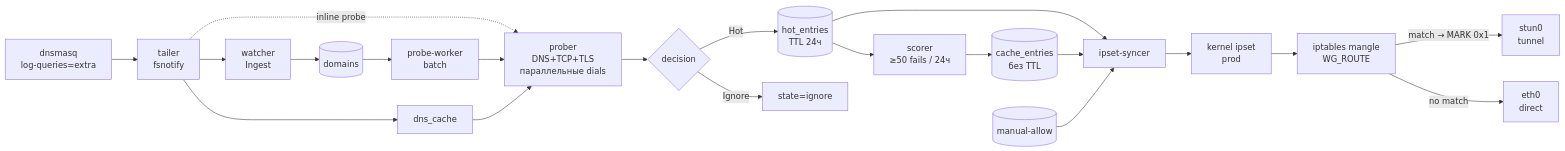
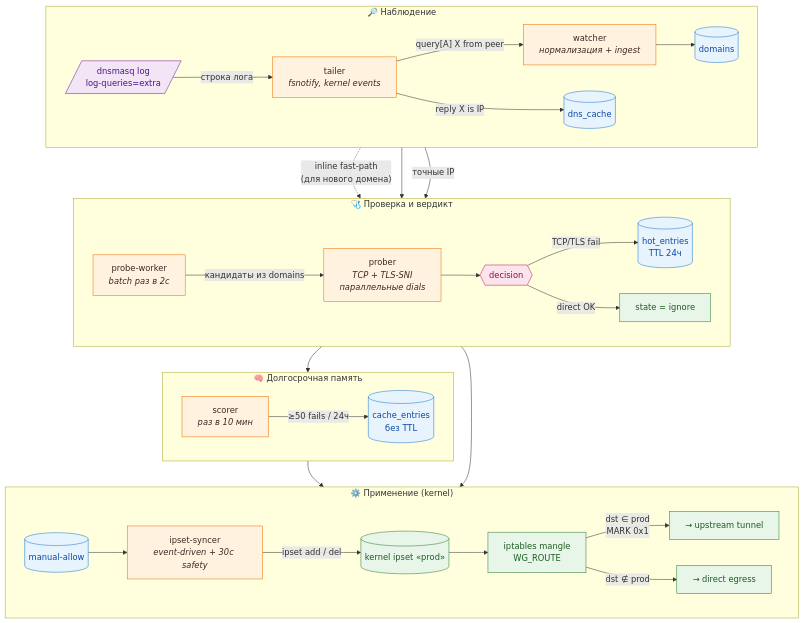
One commit to belotserkovtsev/Ladon changed the diagram in README.md. Above: the diagram before and after it, drawn with Mermaid. The commit also changed other lines of this file and 32 other files, not shown here.

````diff
--- a/README.md
+++ b/README.md
@@ -38,30 +108,68 @@
 ```mermaid
-flowchart LR
-    dns[dnsmasq<br/>log-queries=extra] --> tail[tailer<br/>fsnotify]
+flowchart TB
+    subgraph observe["🔎 Наблюдение"]
+        direction LR
+        DNS[/"dnsmasq log<br/>log-queries=extra"/]
+        TAIL["tailer<br/><i>fsnotify, kernel events</i>"]
+        WATCH["watcher<br/><i>нормализация + ingest</i>"]
+        DOMS[("domains")]
+        CACHE[("dns_cache")]
+        DNS -->|строка лога| TAIL
+        TAIL -->|"query[A] X from peer"| WATCH
+        TAIL -->|"reply X is IP"| CACHE
+        WATCH --> DOMS
+    end
 
-    tail --> watcher[watcher<br/>Ingest]
-    tail --> cache[dns_cache]
-    watcher --> domains[(domains)]
+    subgraph decide["🩺 Проверка и вердикт"]
+        direction LR
+        WORKER["probe-worker<br/><i>batch раз в 2с</i>"]
+        PROBE["prober<br/><i>TCP + TLS-SNI<br/>параллельные dials</i>"]
+        DEC{{"decision"}}
+        HOT[("hot_entries<br/>TTL 24ч")]
+        IGN["state = ignore"]
+        WORKER -->|"кандидаты из domains"| PROBE
+        PROBE --> DEC
+        DEC -->|"TCP/TLS fail"| HOT
+        DEC -->|"direct OK"| IGN
+    end
 
-    tail -. inline probe .-> prober
-    domains --> worker[probe-worker<br/>batch] --> prober
+    subgraph promote["🧠 Долгосрочная память"]
+        direction LR
+        SCORE["scorer<br/><i>раз в 10 мин</i>"]
+        CEN[("cache_entries<br/>без TTL")]
+        SCORE -->|"≥50 fails / 24ч"| CEN
+    end
 
-    prober[prober<br/>DNS+TCP+TLS<br/>параллельные dials]
-    cache --> prober
+    subgraph apply["⚙️ Применение (kernel)"]
+        direction LR
+        SYNC["ipset-syncer<br/><i>event-driven + 30с safety</i>"]
+        MAN[("manual-allow")]
+        PROD[("kernel ipset «prod»")]
+        IPT["iptables mangle<br/>WG_ROUTE"]
+        TUN["→ upstream tunnel"]
+        DIR["→ direct egress"]
+        SYNC -->|"ipset add / del"| PROD
+        MAN --> SYNC
+        PROD --> IPT
+        IPT -->|"dst ∈ prod<br/>MARK 0x1"| TUN
+        IPT -->|"dst ∉ prod"| DIR
+    end
 
-    prober --> decision{decision}
-    decision -->|Hot| hot[(hot_entries<br/>TTL 24ч)]
-    decision -->|Ignore| ign[state=ignore]
+    TAIL -. "inline fast-path<br/>(для нового домена)" .-> PROBE
+    DOMS --> WORKER
+    CACHE -->|"точные IP"| PROBE
+    HOT --> SCORE
+    HOT --> SYNC
+    CEN --> SYNC
 
-    hot --> scorer[scorer<br/>≥50 fails / 24ч]
-    scorer --> cache_entries[(cache_entries<br/>без TTL)]
-
-    hot --> sync[ipset-syncer]
-    cache_entries --> sync
-    manual[(manual-allow)] --> sync
-
-    sync --> kernel[kernel ipset<br/>prod]
-    kernel --> iptables[iptables mangle<br/>WG_ROUTE]
-    iptables -->|match → MARK 0x1| tunnel[stun0<br/>tunnel]
-    iptables -->|no match| direct[eth0<br/>direct]
+    classDef store fill:#e8f4fd,stroke:#1976d2,color:#0d47a1
+    classDef proc fill:#fff3e0,stroke:#ef6c00,color:#3e2723
+    classDef decisionNode fill:#fce4ec,stroke:#c2185b,color:#880e4f
+    classDef kernelNode fill:#e8f5e9,stroke:#2e7d32,color:#1b5e20
+    classDef source fill:#f3e5f5,stroke:#6a1b9a,color:#4a148c
+    class DNS source
+    class TAIL,WATCH,WORKER,PROBE,SCORE,SYNC proc
+    class DOMS,CACHE,HOT,CEN,MAN store
+    class DEC decisionNode
+    class PROD,IPT,TUN,DIR,IGN kernelNode
 ```
````
